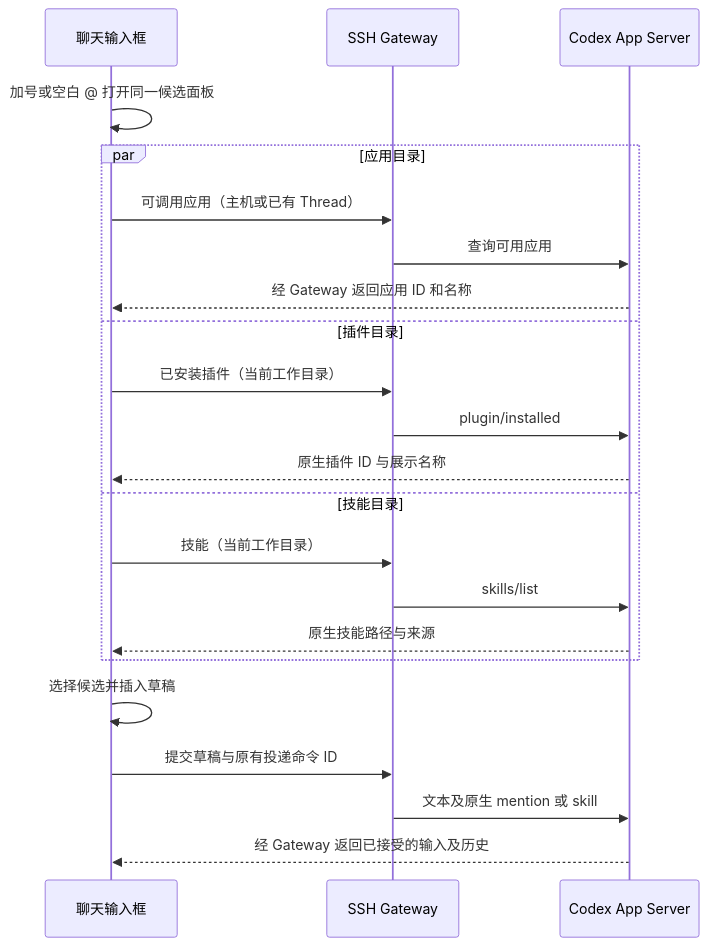
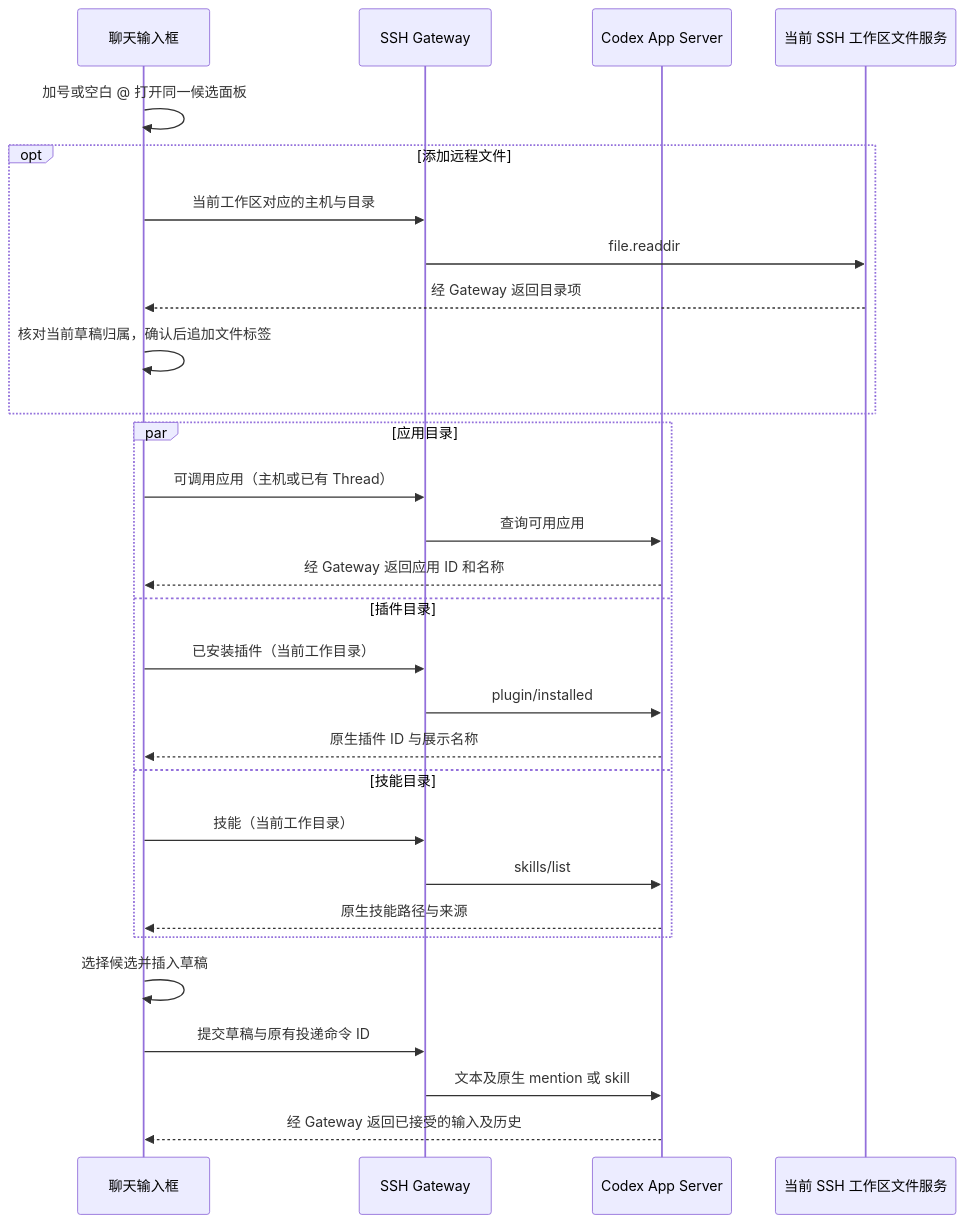
Before and after one commit to LiangLiang723/codex-web: the fourth of 16 diagrams in specs/selfhost-codex/README.md, drawn with Mermaid. The commit also changed other lines of this file and 11 other files, not shown here.

````diff
--- a/specs/selfhost-codex/README.md
+++ b/specs/selfhost-codex/README.md
@@ -118,24 +124,31 @@
 ```mermaid
 sequenceDiagram
     participant W as 聊天输入框
     participant G as SSH Gateway
     participant C as Codex App Server
+    participant F as 当前 SSH 工作区文件服务
     W->>W: 加号或空白 @ 打开同一候选面板
+    opt 添加远程文件
+        W->>G: 当前工作区对应的主机与目录
+        G->>F: file.readdir
+        F-->>W: 经 Gateway 返回目录项
+        W->>W: 核对当前草稿归属，确认后追加文件标签
+    end
     par 应用目录
         W->>G: 可调用应用（主机或已有 Thread）
         G->>C: 查询可用应用
         C-->>W: 经 Gateway 返回应用 ID 和名称
     and 插件目录
         W->>G: 已安装插件（当前工作目录）
         G->>C: plugin/installed
         C-->>W: 原生插件 ID 与展示名称
     and 技能目录
         W->>G: 技能（当前工作目录）
         G->>C: skills/list
         C-->>W: 原生技能路径与来源
     end
     W->>W: 选择候选并插入草稿
     W->>G: 提交草稿与原有投递命令 ID
     G->>C: 文本及原生 mention 或 skill
     C-->>W: 经 Gateway 返回已接受的输入及历史
 ```
````
